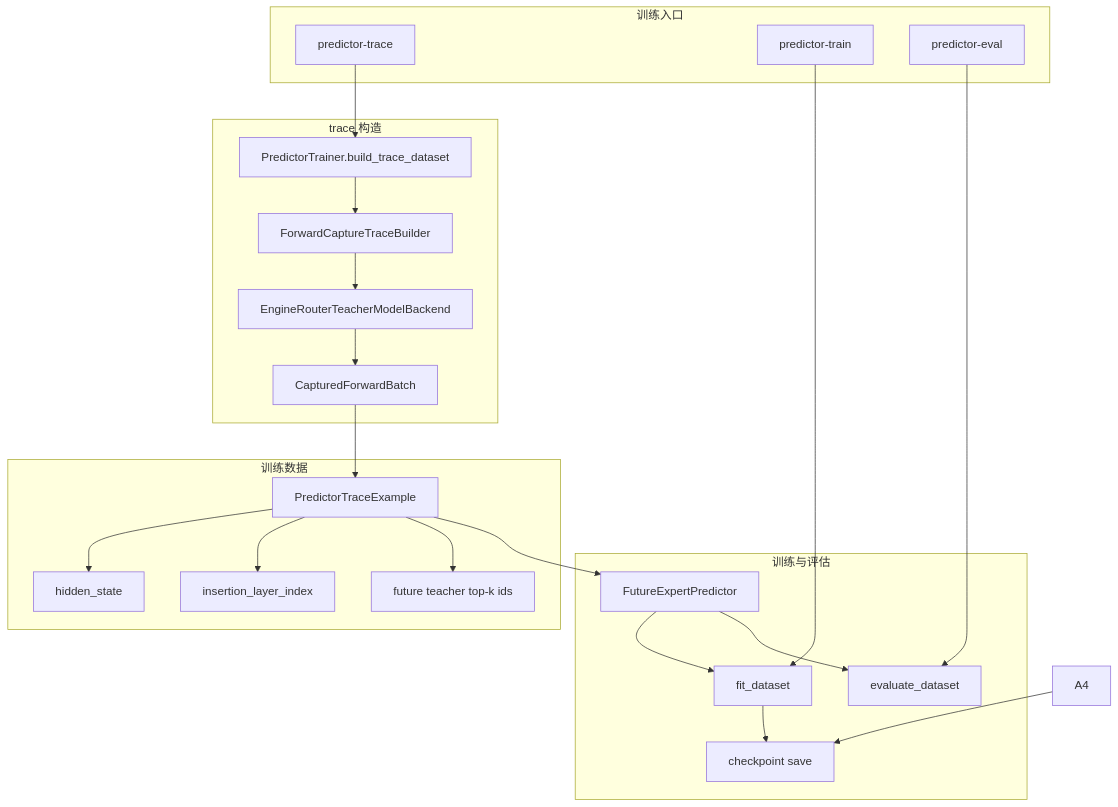
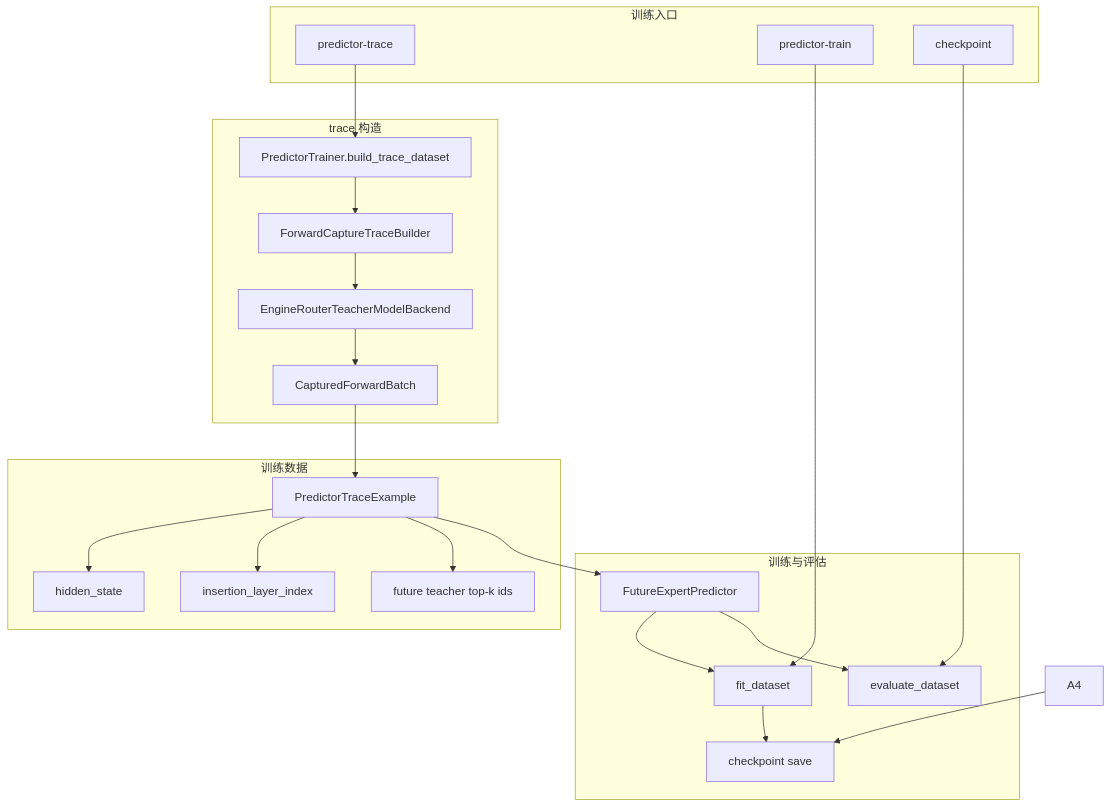
Before and after one commit to jiaminres/CFIE: the diagram in docs/架构图文档/02_训练主线二_Predictor路由MoE/01_真实隐藏状态训练闭环.md, drawn with Mermaid. The commit also changed 35 other files, not shown here.

````diff
--- a/docs/架构图文档/02_训练主线二_Predictor路由MoE/01_真实隐藏状态训练闭环.md
+++ b/docs/架构图文档/02_训练主线二_Predictor路由MoE/01_真实隐藏状态训练闭环.md
@@ -9,42 +9,42 @@
 ```mermaid
 flowchart TB
     subgraph CLI["训练入口"]
         A1["predictor-trace"]
         A2["predictor-train"]
-        A3["predictor-eval"]
+        A3["checkpoint"]
     end
 
     subgraph Trace["trace 构造"]
         B1["PredictorTrainer.build_trace_dataset"]
         B2["ForwardCaptureTraceBuilder"]
         B3["EngineRouterTeacherModelBackend"]
         B4["CapturedForwardBatch"]
     end
 
     subgraph Dataset["训练数据"]
         C1["PredictorTraceExample"]
         C2["hidden_state"]
         C3["insertion_layer_index"]
         C4["future teacher top-k ids"]
     end
 
     subgraph Train["训练与评估"]
         D1["FutureExpertPredictor"]
         D2["fit_dataset"]
         D3["evaluate_dataset"]
         D4["checkpoint save"]
     end
 
     A1 --> B1
     B1 --> B2 --> B3 --> B4
     B4 --> C1
     C1 --> C2
     C1 --> C3
     C1 --> C4
     A2 --> D2
     A3 --> D3
     A4 --> D4
     C1 --> D1
     D1 --> D2 --> D4
     D1 --> D3
 ```
````
